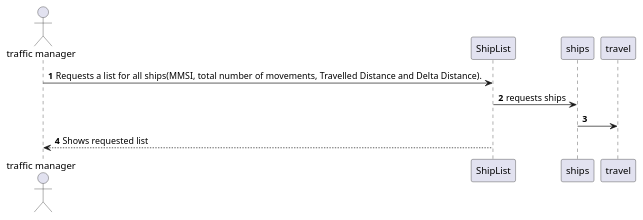
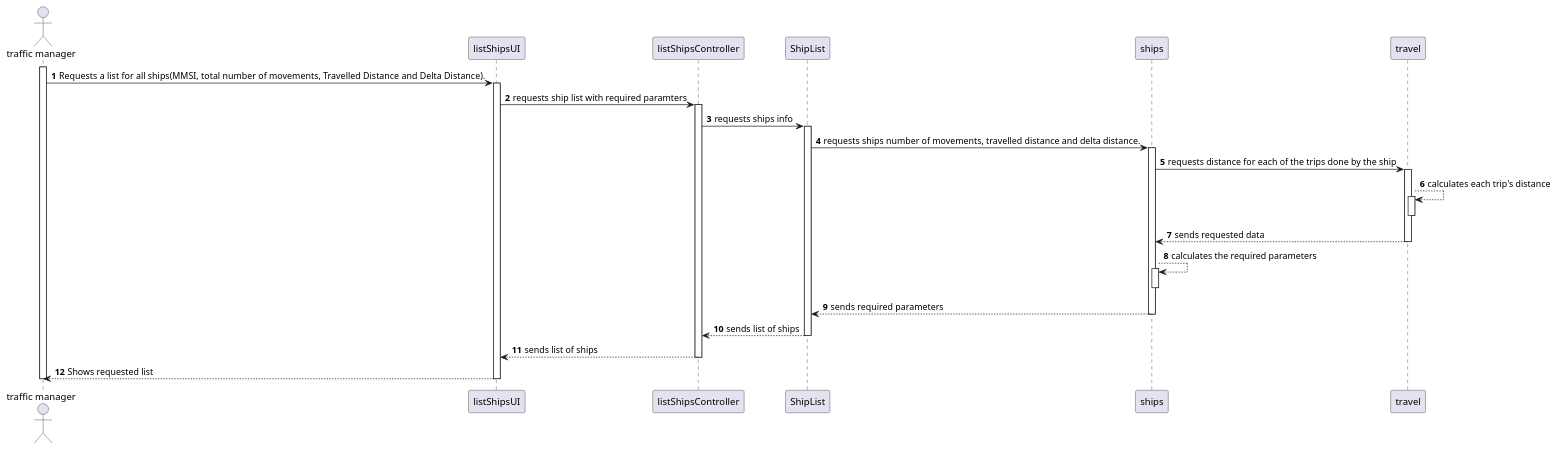
The diagram in docs/Sprint1/US105/SD.puml (mpoboas/lapr3-2021-g102), drawn with PlantUML before and after one commit. The commit also changed 8 other files, not shown here.

```diff
--- a/docs/Sprint1/US105/SD.puml
+++ b/docs/Sprint1/US105/SD.puml
@@ -1,14 +1,37 @@
 @startuml
 actor "traffic manager" as actor
+participant  listShipsUI as UI
+participant listShipsController as Controller
 participant ShipList as sl
 participant ships as s
 participant travel as t
 autonumber
-actor -> sl : Requests  a list for all ships(MMSI, total number of movements, Travelled Distance and Delta Distance).
-sl -> s : requests ships
-
-
-s -> t :
-
-sl --> actor : Shows requested list
+activate actor
+actor -> UI : Requests  a list for all ships(MMSI, total number of movements, Travelled Distance and Delta Distance).
+activate UI
+UI -> Controller : requests ship list with required paramters
+activate Controller
+Controller -> sl : requests ships info
+activate sl
+sl -> s :requests ships number of movements, travelled distance and delta distance.
+activate s
+s -> t : requests distance for each of the trips done by the ship
+activate t
+t --> t : calculates each trip's distance
+activate t
+deactivate t
+t --> s: sends requested data
+deactivate t
+s --> s :calculates the required parameters
+activate s
+deactivate s
+s --> sl : sends required parameters
+deactivate s
+sl --> Controller : sends list of ships
+deactivate sl
+Controller --> UI : sends list of ships
+deactivate Controller
+UI --> actor : Shows requested list
+deactivate UI
+deactivate actor
 @enduml
```
